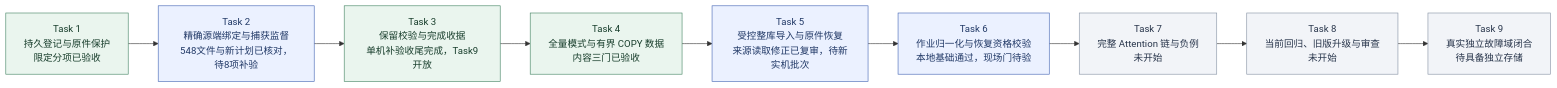
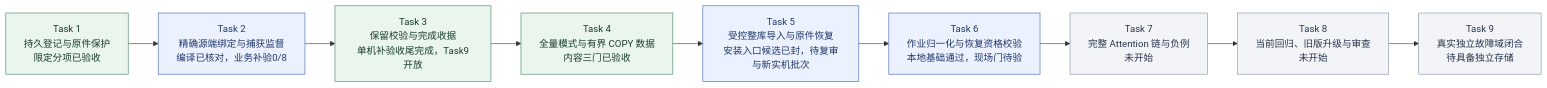
The second of 9 diagrams in docs/KnowWeave实施路线与系统架构.md (MansurnamedZhang/learning-system-p0c4), drawn with Mermaid before and after one commit. The commit also changed other lines of this file and 3 other files, not shown here.

First line of the commit message:
Update C4 roadmap and scoped review progress for October 14

````diff
--- a/docs/KnowWeave实施路线与系统架构.md
+++ b/docs/KnowWeave实施路线与系统架构.md
@@ -72,26 +72,26 @@
 ```mermaid
 flowchart LR
     C4T1["Task 1<br/>持久登记与原件保护<br/>限定分项已验收"]
-    C4T2["Task 2<br/>精确源端绑定与捕获监督<br/>548文件与新计划已核对，待8项补验"]
+    C4T2["Task 2<br/>精确源端绑定与捕获监督<br/>编译已核对，业务补验0/8"]
     C4T3["Task 3<br/>保留校验与完成收据<br/>单机补验收尾完成，Task9开放"]
     C4T4["Task 4<br/>全量模式与有界 COPY 数据<br/>内容三门已验收"]
-    C4T5["Task 5<br/>受控整库导入与原件恢复<br/>来源读取修正已复审，待新实机批次"]
+    C4T5["Task 5<br/>受控整库导入与原件恢复<br/>安装入口候选已封，待复审与新实机批次"]
     C4T6["Task 6<br/>作业归一化与恢复资格校验<br/>本地基础通过，现场门待验"]
     C4T7["Task 7<br/>完整 Attention 链与负例<br/>未开始"]
     C4T8["Task 8<br/>当前回归、旧版升级与审查<br/>未开始"]
     C4T9["Task 9<br/>真实独立故障域闭合<br/>待具备独立存储"]
     C4T1 --> C4T2
     C4T2 --> C4T3
     C4T3 --> C4T4
     C4T4 --> C4T5
     C4T5 --> C4T6
     C4T6 --> C4T7
     C4T7 --> C4T8
     C4T8 --> C4T9
     class C4T1,C4T3,C4T4 done
     class C4T2,C4T5,C4T6 next
     class C4T7,C4T8,C4T9 planned
     classDef done fill:#eaf5ee,stroke:#438363,color:#173d2b
     classDef next fill:#ebf1ff,stroke:#4365b4,color:#203866
     classDef planned fill:#f2f4f8,stroke:#8591a3,color:#28354b
 ```
````
